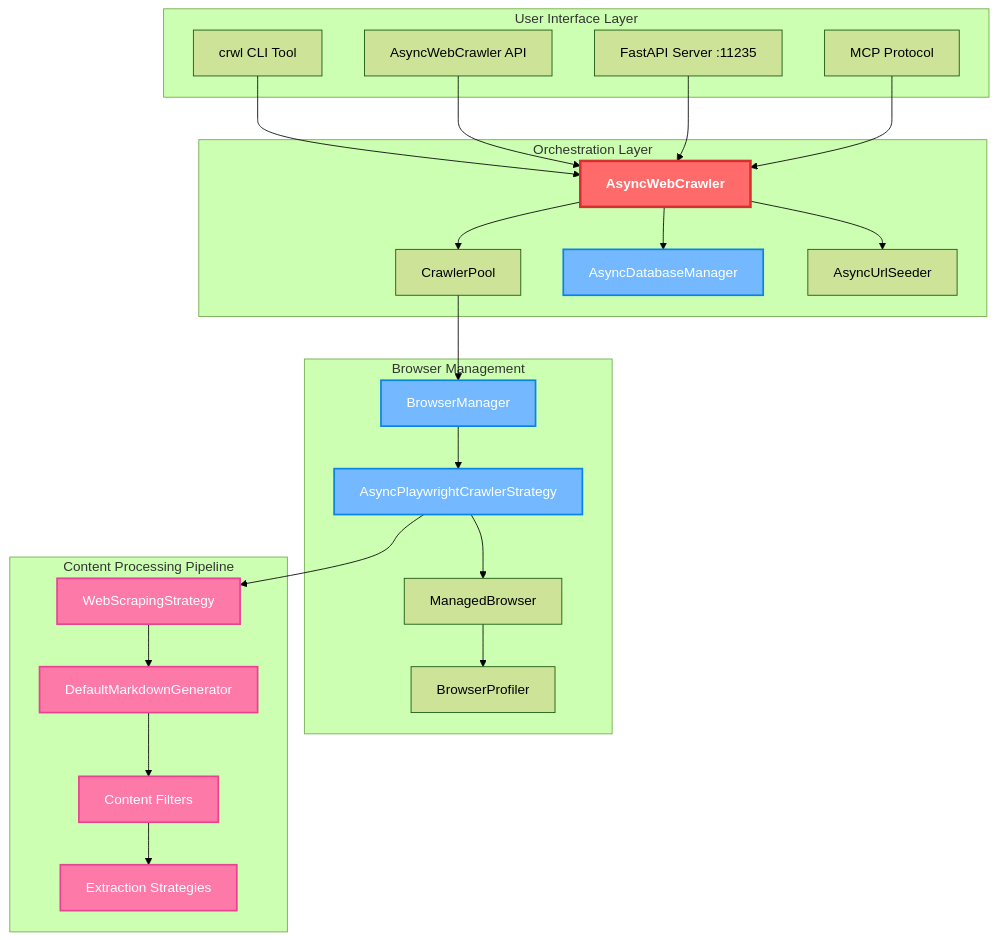
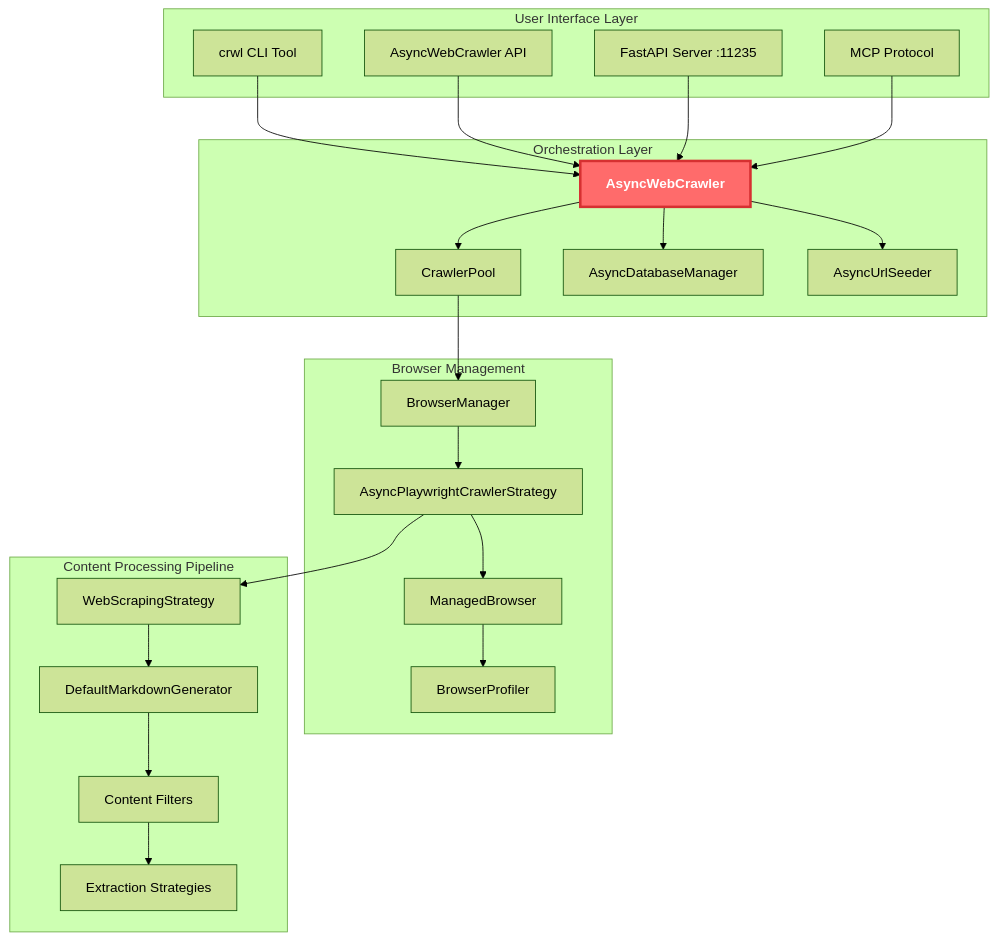
One commit to dwarvesf/research changed the first of 2 diagrams in breakdown/crawl4ai-llm-optimized-web-crawling-breakdown.md. Above: the diagram before and after it, drawn with Mermaid (forest theme). The commit also changed other lines of this file, not shown here.

Commit message:
fix: highlight

````diff
--- a/breakdown/crawl4ai-llm-optimized-web-crawling-breakdown.md
+++ b/breakdown/crawl4ai-llm-optimized-web-crawling-breakdown.md
@@ -32,66 +32,55 @@
 ```mermaid
 graph TB
     subgraph "User Interface Layer"
         CLI[crwl CLI Tool]
         API[AsyncWebCrawler API]
         Docker[FastAPI Server :11235]
         MCP[MCP Protocol]
     end
 
     subgraph "Orchestration Layer"
         AWC[AsyncWebCrawler]
         CP[CrawlerPool]
         ADM[AsyncDatabaseManager]
         AUS[AsyncUrlSeeder]
     end
 
     subgraph "Browser Management"
         BM[BrowserManager]
         APCS[AsyncPlaywrightCrawlerStrategy]
         MB[ManagedBrowser]
         BP[BrowserProfiler]
     end
 
     subgraph "Content Processing Pipeline"
         WSS[WebScrapingStrategy]
         DMG[DefaultMarkdownGenerator]
         CF[Content Filters]
         ES[Extraction Strategies]
     end
 
     CLI --> AWC
     API --> AWC
     Docker --> AWC
     MCP --> AWC
 
     AWC --> CP
     AWC --> ADM
     AWC --> AUS
 
     CP --> BM
     BM --> APCS
     APCS --> MB
     MB --> BP
 
     APCS --> WSS
     WSS --> DMG
     DMG --> CF
     CF --> ES
 
-    %% Highlight key components with colors and styling
-    classDef coreComponent fill:#ff6b6b,stroke:#d63031,stroke-width:3px,color:#fff,font-weight:bold
-    classDef essentialComponent fill:#74b9ff,stroke:#0984e3,stroke-width:2px,color:#fff
-    classDef criticalComponent fill:#fd79a8,stroke:#e84393,stroke-width:2px,color:#fff
+    %% Highlight the most critical component
+    classDef important fill:#ff6b6b,stroke:#d63031,stroke-width:3px,color:#fff,font-weight:bold
 
-    %% Core orchestration - the heart of the system
-    class AWC coreComponent
-
-    %% Essential browser management - handles the actual crawling
-    class BM,APCS essentialComponent
-
-    %% Critical content processing - what makes it AI-ready
-    class WSS,DMG,CF,ES criticalComponent
-
-    %% Key data management
-    class ADM essentialComponent
+    %% Apply to core orchestrator only
+    class AWC important
 ```
````
